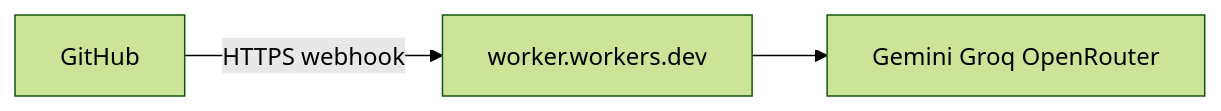
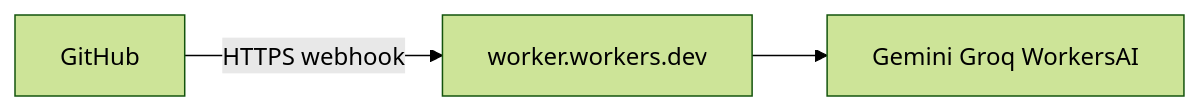
Before and after one commit to vuongj321/roast-my-pr: the third of 4 diagrams in docs/ARCHITECTURE.md, drawn with Mermaid (forest theme). The commit also changed other lines of this file and 4 other files, not shown here.

First line of the commit message:
feat(ai): replace OpenRouter with Workers AI

````diff
--- a/docs/ARCHITECTURE.md
+++ b/docs/ARCHITECTURE.md
@@ -235,5 +242,5 @@
 ```mermaid
 flowchart LR
   GitHub -->|HTTPS webhook| WorkerURL["worker.workers.dev"]
-  WorkerURL --> LLM[Gemini Groq OpenRouter]
+  WorkerURL --> LLM[Gemini Groq WorkersAI]
 ```
````
